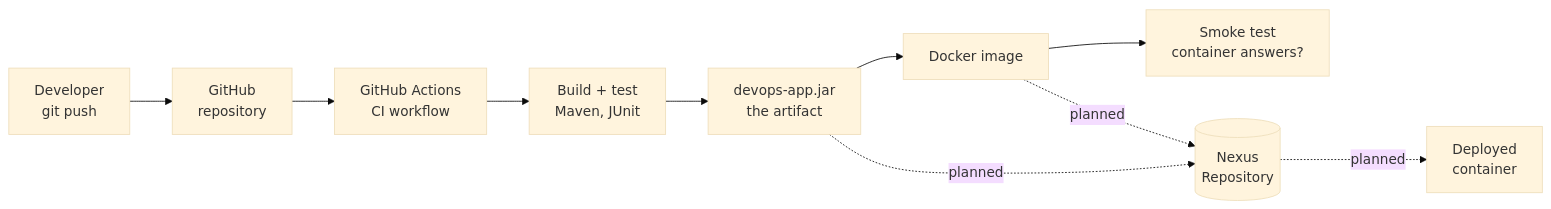
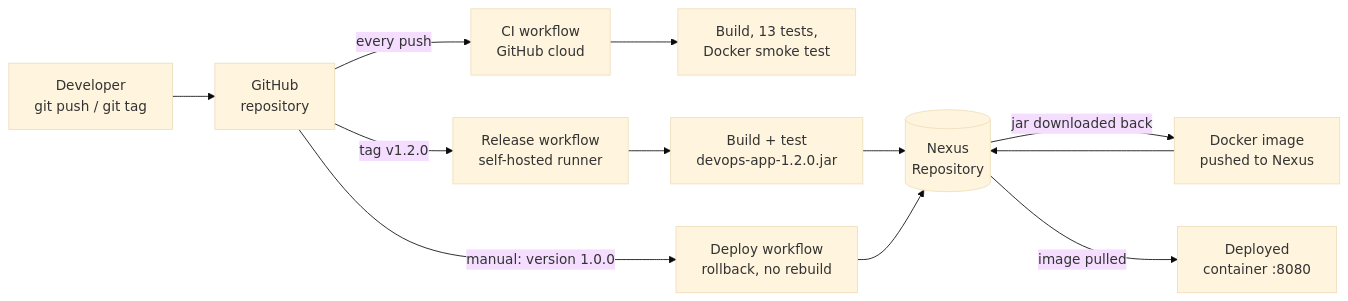
One commit to manaymehta/devops-nexus-pipeline changed the diagram in README.md. Above: the diagram before and after it, drawn with Mermaid (base theme). The commit also changed other lines of this file and 5 other files, not shown here.

Commit message:
docs: codespace host, verified release/deploy/rollback, current state; skip Nexus setup test on tags

````diff
--- a/README.md
+++ b/README.md
@@ -9,12 +9,14 @@
 ```mermaid
 flowchart LR
-    dev["Developer<br/>git push"] --> gh["GitHub<br/>repository"]
-    gh --> ci["GitHub Actions<br/>CI workflow"]
-    ci --> build["Build + test<br/>Maven, JUnit"]
-    build --> jar["devops-app.jar<br/>the artifact"]
-    jar --> img["Docker image"]
-    img --> smoke["Smoke test<br/>container answers?"]
-    jar -. planned .-> nexus[("Nexus<br/>Repository")]
-    img -. planned .-> nexus
-    nexus -. planned .-> deploy["Deployed<br/>container"]
+    dev["Developer<br/>git push / git tag"] --> gh["GitHub<br/>repository"]
+    gh -- "every push" --> ci["CI workflow<br/>GitHub cloud"]
+    ci --> smoke["Build, 13 tests,<br/>Docker smoke test"]
+    gh -- "tag v1.2.0" --> rel["Release workflow<br/>self-hosted runner"]
+    rel --> jar["Build + test<br/>devops-app-1.2.0.jar"]
+    jar --> nexus[("Nexus<br/>Repository")]
+    nexus -- "jar downloaded back" --> img["Docker image<br/>pushed to Nexus"]
+    img --> nexus
+    nexus -- "image pulled" --> deploy["Deployed<br/>container :8080"]
+    gh -- "manual: version 1.0.0" --> dep["Deploy workflow<br/>rollback, no rebuild"]
+    dep --> nexus
 ```
````
